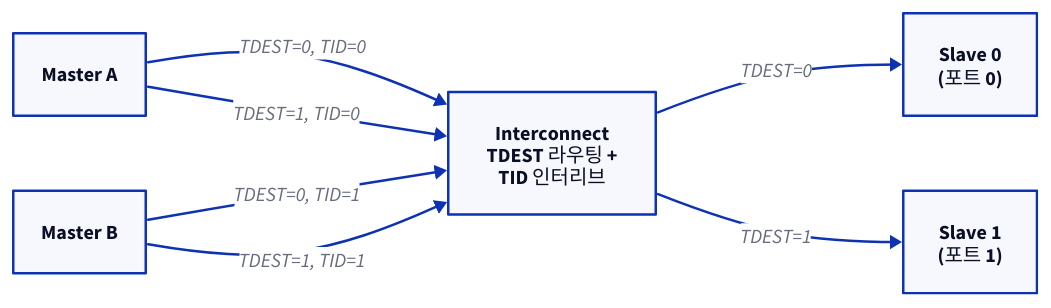
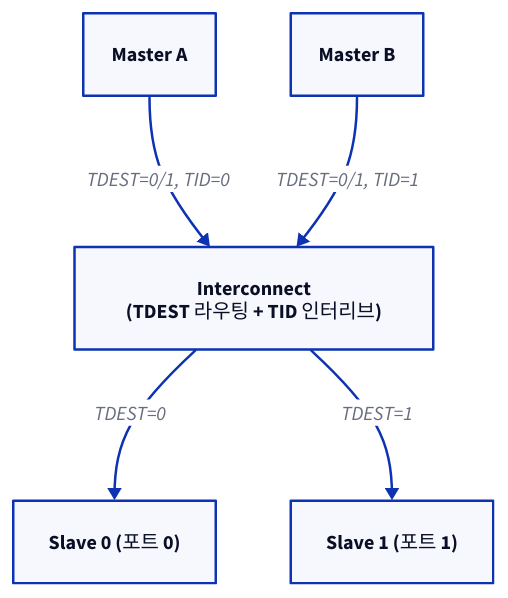
One commit to humbleowl39/DV_SKOOL changed the second of 2 diagrams in topics/amba_protocols/docs/03_axi_stream.md. Above: the diagram before and after it, drawn with D2. The commit also changed 90 other files, not shown here.

First line of the commit message:
docs: 전 토픽 다이어그램 정비 — ASCII→D2, mermaid→D2, 과대 D2 가시성 수정

````diff
--- a/topics/amba_protocols/docs/03_axi_stream.md
+++ b/topics/amba_protocols/docs/03_axi_stream.md
@@ -285,15 +285,13 @@
 ```d2
-direction: right
+direction: down
 
 MA: "Master A"
 MB: "Master B"
-IC: "Interconnect\nTDEST 라우팅 +\nTID 인터리브"
-S0: "Slave 0\n(포트 0)"
-S1: "Slave 1\n(포트 1)"
-MA -> IC: "TDEST=0, TID=0"
-MA -> IC: "TDEST=1, TID=0"
-MB -> IC: "TDEST=0, TID=1"
-MB -> IC: "TDEST=1, TID=1"
+IC: "Interconnect\n(TDEST 라우팅 + TID 인터리브)"
+S0: "Slave 0 (포트 0)"
+S1: "Slave 1 (포트 1)"
+MA -> IC: "TDEST=0/1, TID=0"
+MB -> IC: "TDEST=0/1, TID=1"
 IC -> S0: "TDEST=0"
 IC -> S1: "TDEST=1"
 ```
````
